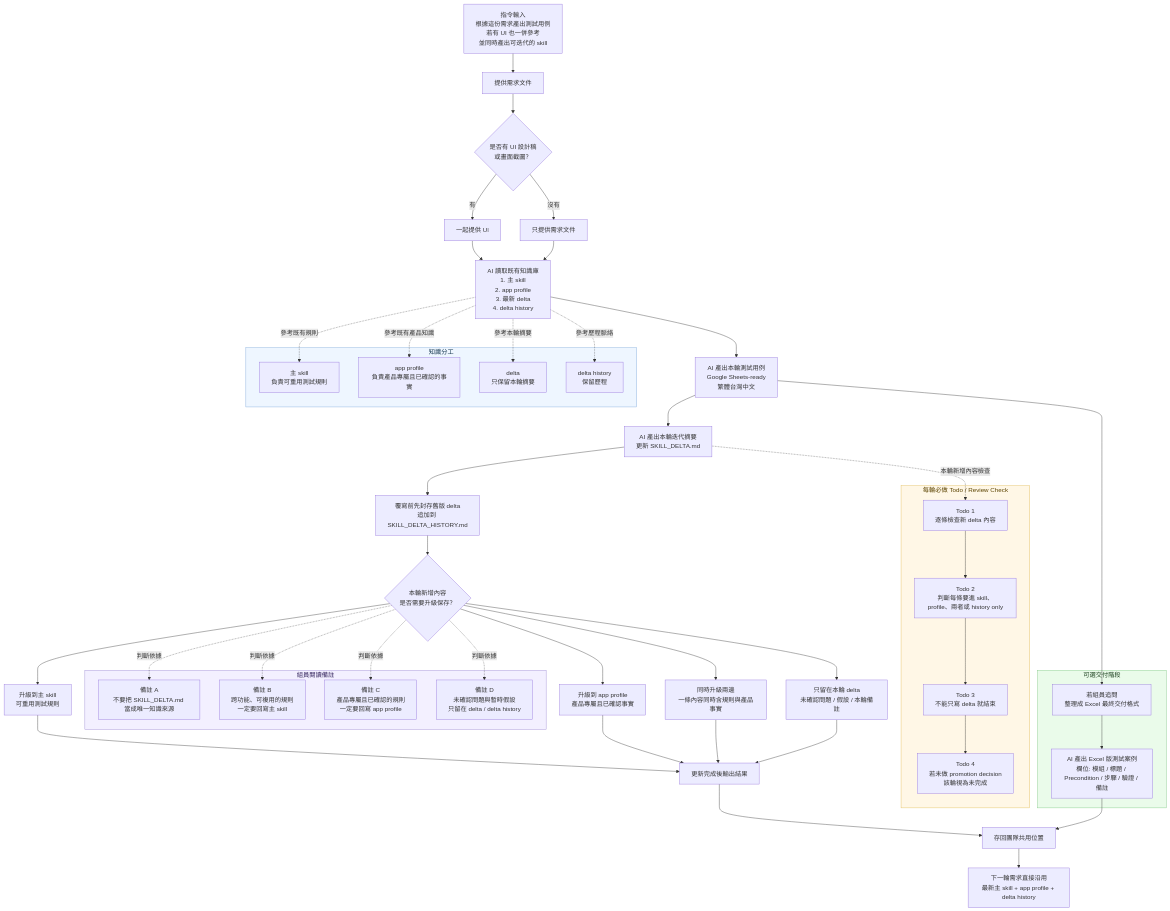
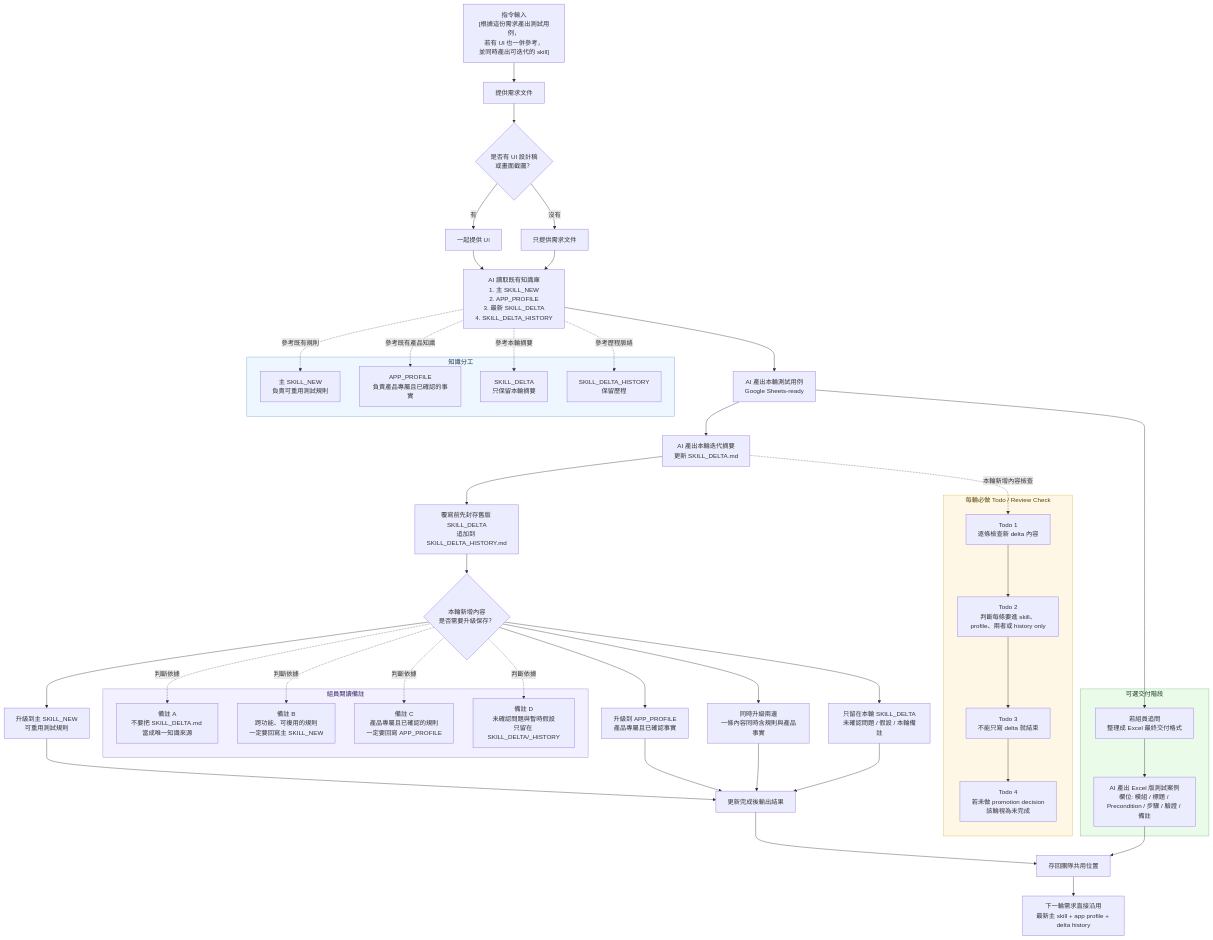
The diagram in cfd-manual-qa-regression/README.md (Jimmy-Kao/skills), drawn with Mermaid before and after one commit.

````diff
--- a/cfd-manual-qa-regression/README.md
+++ b/cfd-manual-qa-regression/README.md
@@ -1,31 +1,31 @@
 ```mermaid
 flowchart TD
-    A["指令輸入<br/>根據這份需求產出測試用例<br/>若有 UI 也一併參考<br/>並同時產出可迭代的 skill"]
+    A["指令輸入<br/>[根據這份需求產出測試用例，<br/>若有 UI 也一併參考，<br/>並同時產出可迭代的 skill]"]
     B["提供需求文件"]
     C{"是否有 UI 設計稿<br/>或畫面截圖？"}
     D["一起提供 UI"]
     E["只提供需求文件"]
 
-    F["AI 讀取既有知識庫<br/>1. 主 skill<br/>2. app profile<br/>3. 最新 delta<br/>4. delta history"]
-    G["AI 產出本輪測試用例<br/>Google Sheets-ready<br/>繁體台灣中文"]
+    F["AI 讀取既有知識庫<br/>1. 主 SKILL_NEW<br/>2. APP_PROFILE<br/>3. 最新 SKILL_DELTA<br/>4. SKILL_DELTA_HISTORY"]
+    G["AI 產出本輪測試用例<br/>Google Sheets-ready"]
     H["AI 產出本輪迭代摘要<br/>更新 SKILL_DELTA.md"]
 
     I{"本輪新增內容<br/>是否需要升級保存？"}
-    J["升級到主 skill<br/>可重用測試規則"]
-    K["升級到 app profile<br/>產品專屬且已確認事實"]
+    J["升級到主 SKILL_NEW<br/>可重用測試規則"]
+    K["升級到 APP_PROFILE<br/>產品專屬且已確認事實"]
     L["同時升級兩邊<br/>一條內容同時含規則與產品事實"]
-    M["只留在本輪 delta<br/>未確認問題 / 假設 / 本輪備註"]
+    M["只留在本輪 SKILL_DELTA<br/>未確認問題 / 假設 / 本輪備註"]
 
-    N["覆寫前先封存舊版 delta<br/>追加到 SKILL_DELTA_HISTORY.md"]
+    N["覆寫前先封存舊版 SKILL_DELTA<br/>追加到 SKILL_DELTA_HISTORY.md"]
     O["更新完成後輸出結果"]
     P["存回團隊共用位置"]
     Q["下一輪需求直接沿用<br/>最新主 skill + app profile + delta history"]
 
     subgraph KNOWLEDGE["知識分工"]
-        KS["主 skill<br/>負責可重用測試規則"]
-        KP["app profile<br/>負責產品專屬且已確認的事實"]
-        KD["delta<br/>只保留本輪摘要"]
-        KH["delta history<br/>保留歷程"]
+        KS["主 SKILL_NEW<br/>負責可重用測試規則"]
+        KP["APP_PROFILE<br/>負責產品專屬且已確認的事實"]
+        KD["SKILL_DELTA<br/>只保留本輪摘要"]
+        KH["SKILL_DELTA_HISTORY<br/>保留歷程"]
     end
 
     subgraph TODO_REVIEW["每輪必做 Todo / Review Check"]
@@ -37,9 +37,9 @@
 
     subgraph NOTE_TEAM["組員閱讀備註"]
         R1["備註 A<br/>不要把 SKILL_DELTA.md 當成唯一知識來源"]
-        R2["備註 B<br/>跨功能、可複用的規則<br/>一定要回寫主 skill"]
-        R3["備註 C<br/>產品專屬且已確認的規則<br/>一定要回寫 app profile"]
-        R4["備註 D<br/>未確認問題與暫時假設<br/>只留在 delta / delta history"]
+        R2["備註 B<br/>跨功能、可複用的規則<br/>一定要回寫主 SKILL_NEW"]
+        R3["備註 C<br/>產品專屬且已確認的規則<br/>一定要回寫 APP_PROFILE"]
+        R4["備註 D<br/>未確認問題與暫時假設<br/>只留在 SKILL_DELTA/_HISTORY"]
     end
 
     subgraph OPTIONAL_EXCEL["可選交付階段"]
````
